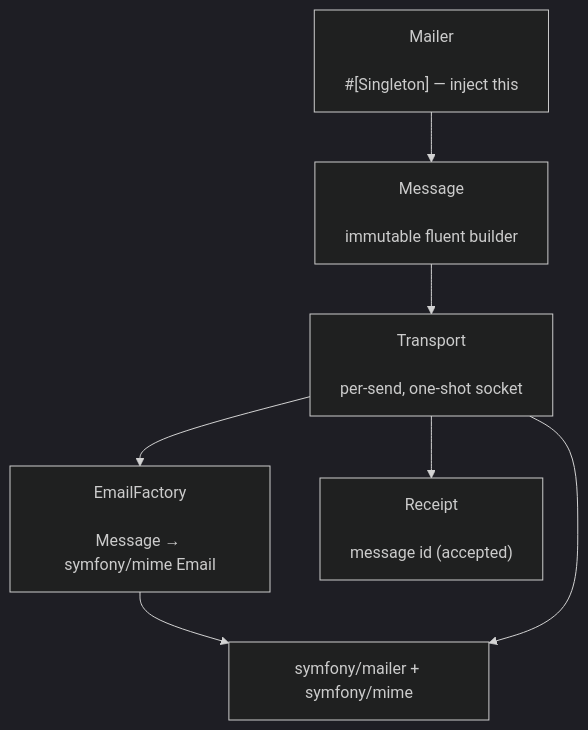
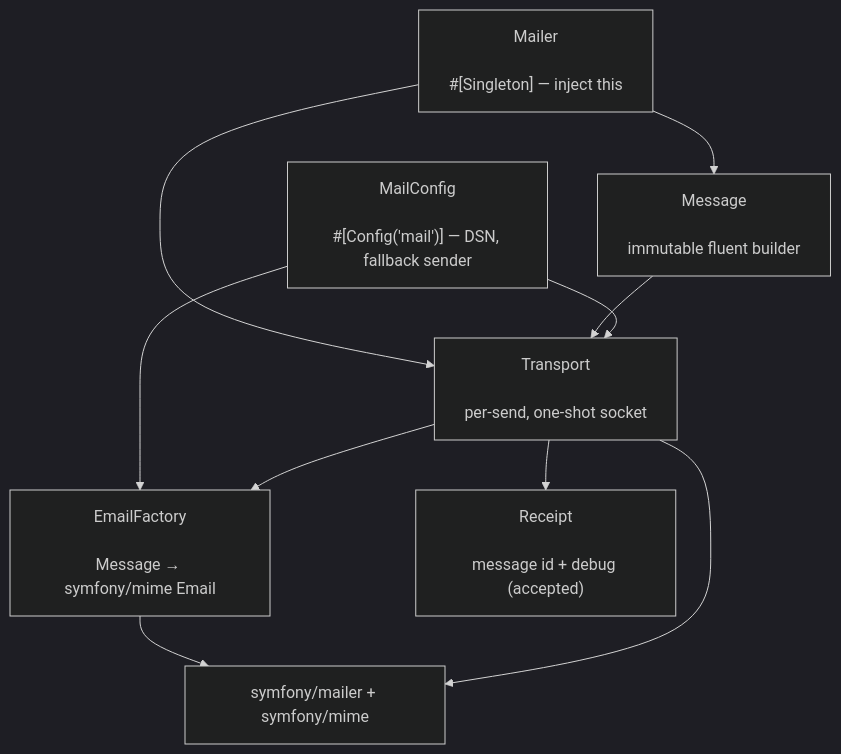
One commit to phpdot/monorepo changed the diagram in packages/mail/README.md. Above: the diagram before and after it, drawn with Mermaid (dark theme). The commit also changed other lines of this file and 695 other files, not shown here.

````diff
--- a/packages/mail/README.md
+++ b/packages/mail/README.md
@@ -95,16 +101,20 @@
 ```mermaid
 graph TD
     MAILER["Mailer<br/><br/>#[Singleton] — inject this"]
     MESSAGE["Message<br/><br/>immutable fluent builder"]
     TRANSPORT["Transport<br/><br/>per-send, one-shot socket"]
     FACTORY["EmailFactory<br/><br/>Message → symfony/mime Email"]
+    CONFIG["MailConfig<br/><br/>#[Config('mail')] — DSN, fallback sender"]
     SYMFONY["symfony/mailer + symfony/mime"]
-    RECEIPT["Receipt<br/><br/>message id (accepted)"]
+    RECEIPT["Receipt<br/><br/>message id + debug (accepted)"]
 
     MAILER --> MESSAGE
+    MAILER --> TRANSPORT
     MESSAGE --> TRANSPORT
+    CONFIG --> TRANSPORT
+    CONFIG --> FACTORY
     TRANSPORT --> FACTORY
     FACTORY --> SYMFONY
     TRANSPORT --> SYMFONY
     TRANSPORT --> RECEIPT
 ```
````
